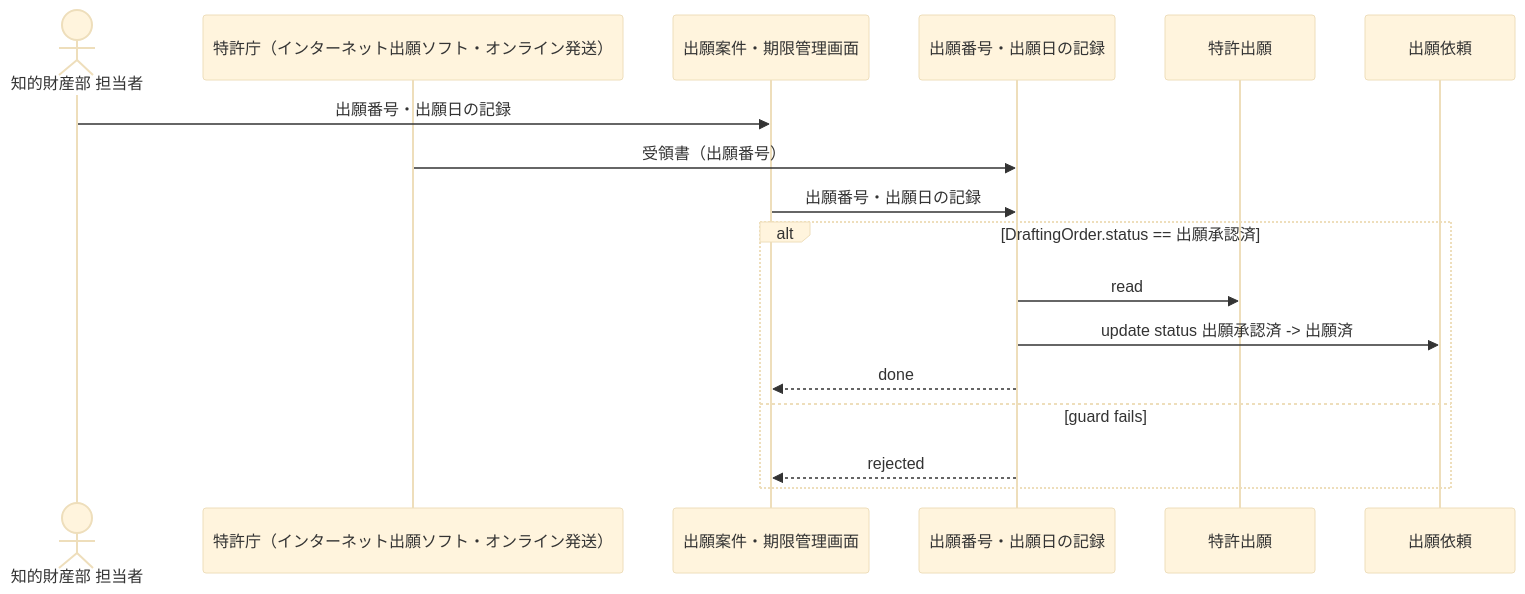
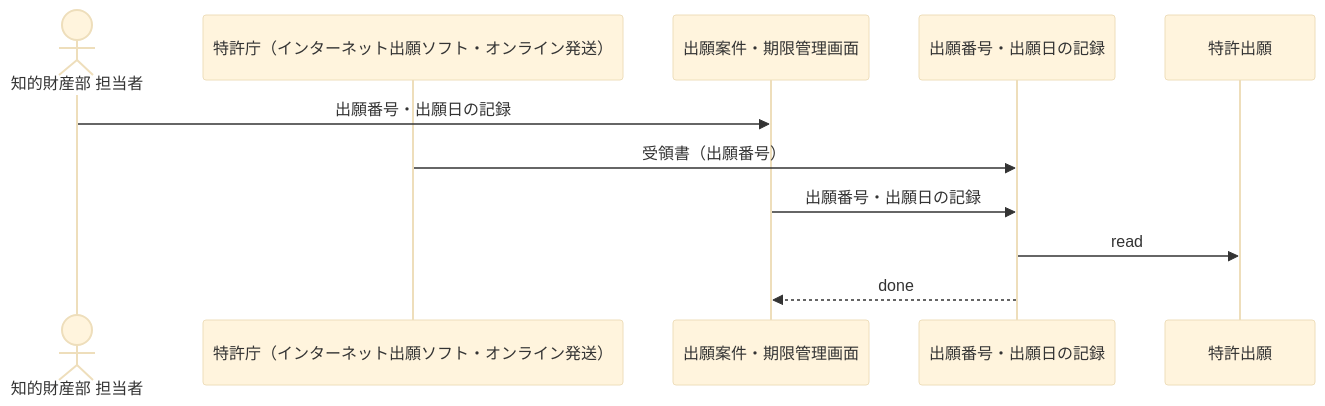
Before and after one commit to manji-0/rdra-ish-dsl: the diagram in samples/patent-ops/out/uc/sequence_RecordFilingReceipt.mmd, drawn with Mermaid (base theme). The commit also changed 19 other files, not shown here.

```diff
--- a/samples/patent-ops/out/uc/sequence_RecordFilingReceipt.mmd
+++ b/samples/patent-ops/out/uc/sequence_RecordFilingReceipt.mmd
@@ -1,20 +1,14 @@
 %% rdra-ish diagram=sequence scope=usecase:RecordFilingReceipt model=samples/patent-ops
 %% kinds: actor extsystem screen usecase entity
 %% omitted: buc step medium permission event
 sequenceDiagram
   actor actor__IpStaff as 知的財産部 担当者
   participant extsystem__Jpo as 特許庁（インターネット出願ソフト・オンライン発送）
   participant screen__ApplicationDocketScreen as 出願案件・期限管理画面
   participant usecase__RecordFilingReceipt as 出願番号・出願日の記録
   participant entity__PatentApplication as 特許出願
-  participant entity__DraftingOrder as 出願依頼
   actor__IpStaff ->> screen__ApplicationDocketScreen: 出願番号・出願日の記録
   extsystem__Jpo ->> usecase__RecordFilingReceipt: 受領書（出願番号）
   screen__ApplicationDocketScreen ->> usecase__RecordFilingReceipt: 出願番号・出願日の記録
-  alt DraftingOrder.status == 出願承認済
-    usecase__RecordFilingReceipt ->> entity__PatentApplication: read
-    usecase__RecordFilingReceipt ->> entity__DraftingOrder: update status 出願承認済 -> 出願済
-    usecase__RecordFilingReceipt -->> screen__ApplicationDocketScreen: done
-  else guard fails
-    usecase__RecordFilingReceipt -->> screen__ApplicationDocketScreen: rejected
-  end
+  usecase__RecordFilingReceipt ->> entity__PatentApplication: read
+  usecase__RecordFilingReceipt -->> screen__ApplicationDocketScreen: done
```
